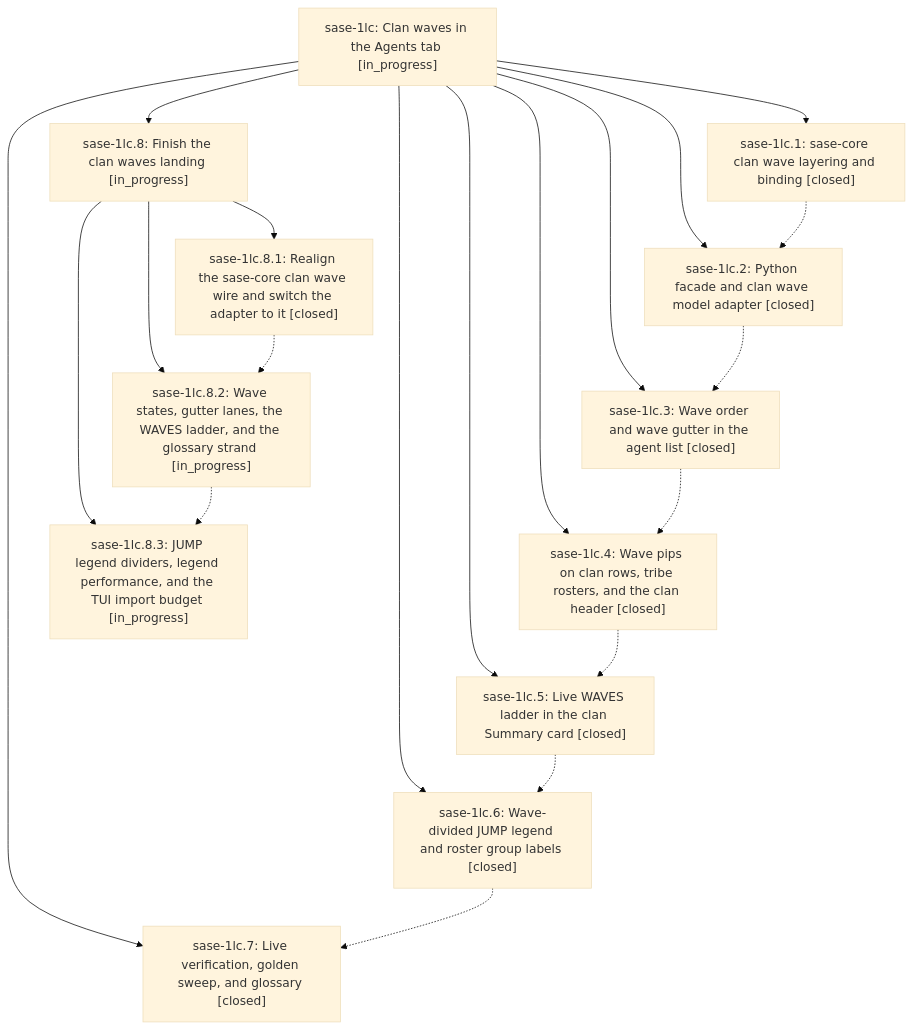
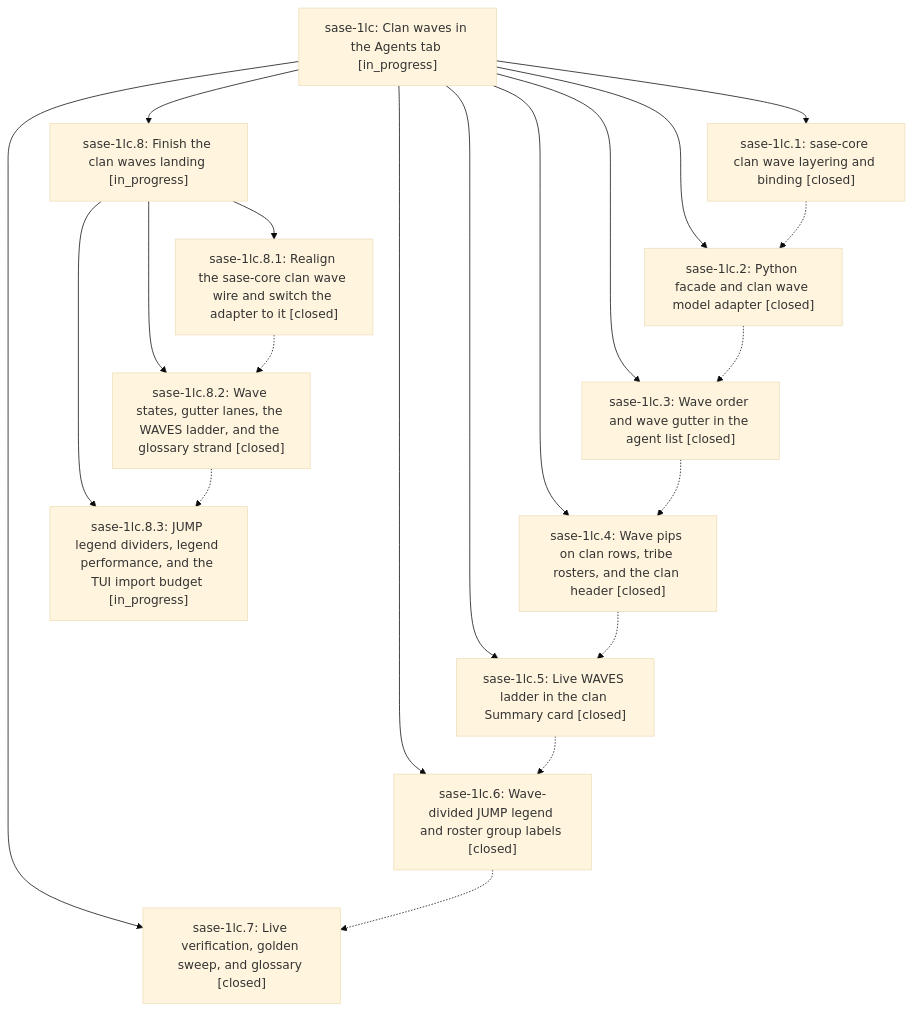
One commit to sase-org/sase--beads changed the diagram in pages/sase-1lc/README.md. Above: the diagram before and after it, drawn with Mermaid (base theme). The commit also changed other lines of this file and 3 other files, not shown here.

````diff
--- a/pages/sase-1lc/README.md
+++ b/pages/sase-1lc/README.md
@@ -75,34 +75,34 @@
 ```mermaid
 flowchart TD
     n0["sase-1lc: Clan waves in the Agents tab [in_progress]"]
     n1["sase-1lc.1: sase-core clan wave layering and binding [closed]"]
     n2["sase-1lc.2: Python facade and clan wave model adapter [closed]"]
     n3["sase-1lc.3: Wave order and wave gutter in the agent list [closed]"]
     n4["sase-1lc.4: Wave pips on clan rows, tribe rosters, and the clan header [closed]"]
     n5["sase-1lc.5: Live WAVES ladder in the clan Summary card [closed]"]
     n6["sase-1lc.6: Wave-divided JUMP legend and roster group labels [closed]"]
     n7["sase-1lc.7: Live verification, golden sweep, and glossary [closed]"]
     n8["sase-1lc.8: Finish the clan waves landing [in_progress]"]
     n9["sase-1lc.8.1: Realign the sase-core clan wave wire and switch the adapter to it [closed]"]
-    n10["sase-1lc.8.2: Wave states, gutter lanes, the WAVES ladder, and the glossary strand [in_progress]"]
+    n10["sase-1lc.8.2: Wave states, gutter lanes, the WAVES ladder, and the glossary strand [closed]"]
     n11["sase-1lc.8.3: JUMP legend dividers, legend performance, and the TUI import budget [in_progress]"]
     n0 --> n1
     n0 --> n2
     n0 --> n3
     n0 --> n4
     n0 --> n5
     n0 --> n6
     n0 --> n7
     n0 --> n8
     n8 --> n9
     n8 --> n10
     n8 --> n11
     n1 -.-> n2
     n2 -.-> n3
     n3 -.-> n4
     n4 -.-> n5
     n5 -.-> n6
     n6 -.-> n7
     n9 -.-> n10
     n10 -.-> n11
 ```
````
